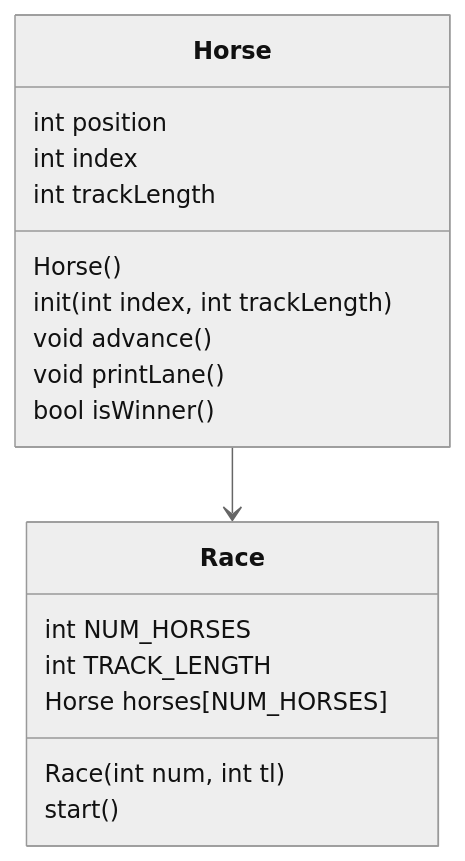
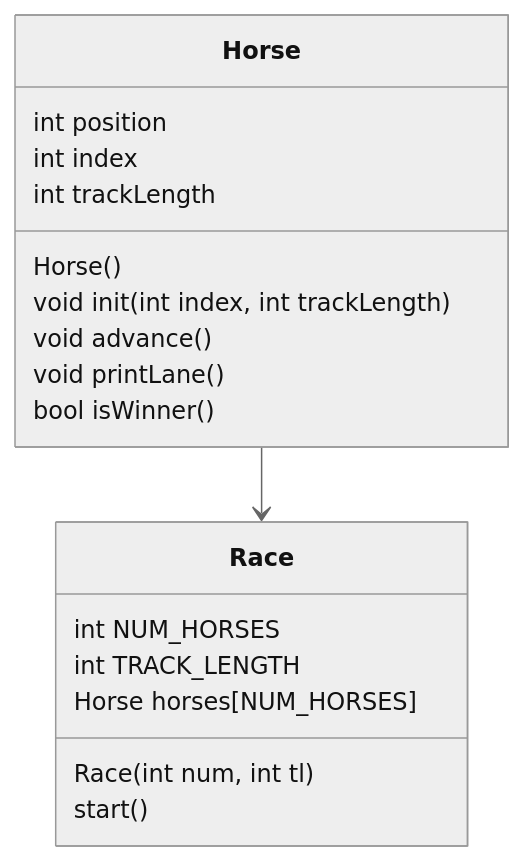
The diagram in README.md (adithyaganesan-hue/CS121P5), drawn with Mermaid (neutral theme) before and after one commit. The commit also changed 7 other files, not shown here.

````diff
--- a/README.md
+++ b/README.md
@@ -5,25 +5,25 @@
 ```mermaid
 classDiagram
 direction TB
     class Horse {
       int position
       int index
       int trackLength
       Horse()
-      init(int index, int trackLength)
+      void init(int index, int trackLength)
       void advance()
       void printLane()
-	  bool isWinner()
+	    bool isWinner()
     }
 
     class Race {
       int NUM_HORSES
       int TRACK_LENGTH
 	    Horse horses[NUM_HORSES]
 
       Race(int num, int tl)
 	    start()
     }
 
     Horse --> Race
 ```
````
